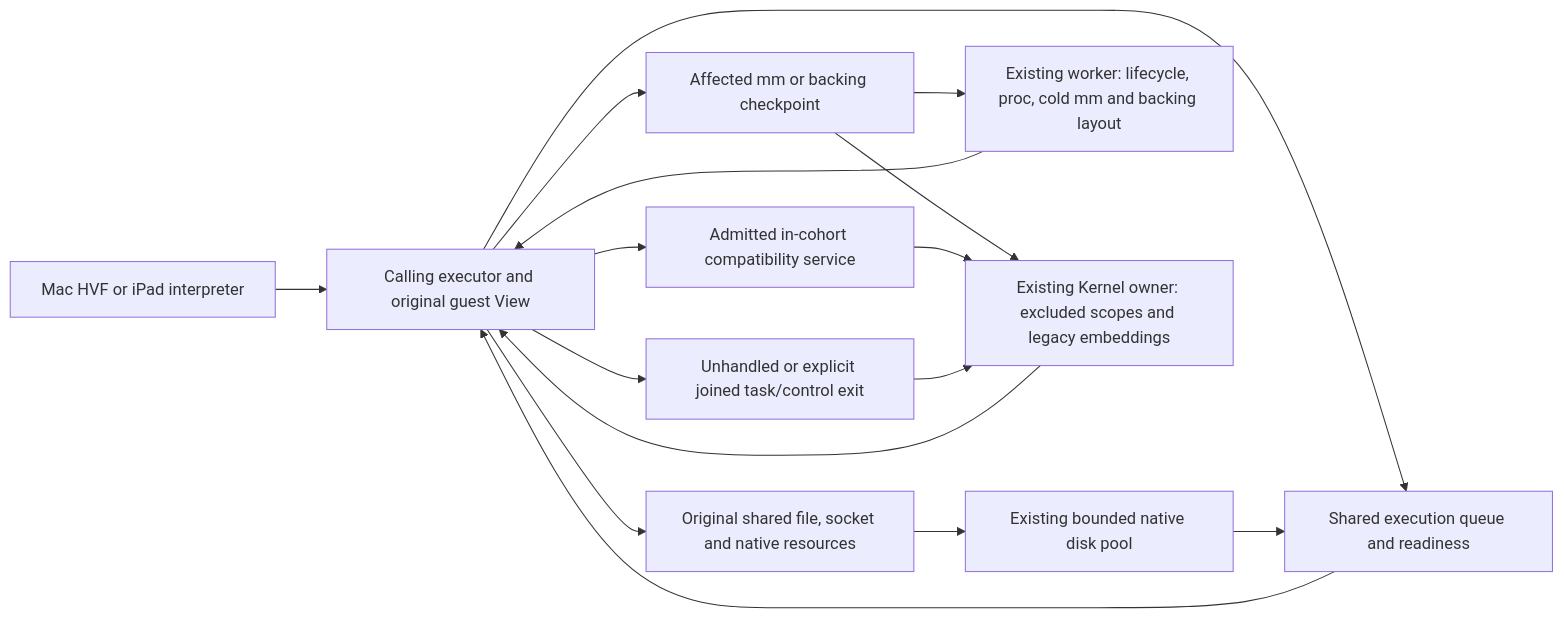
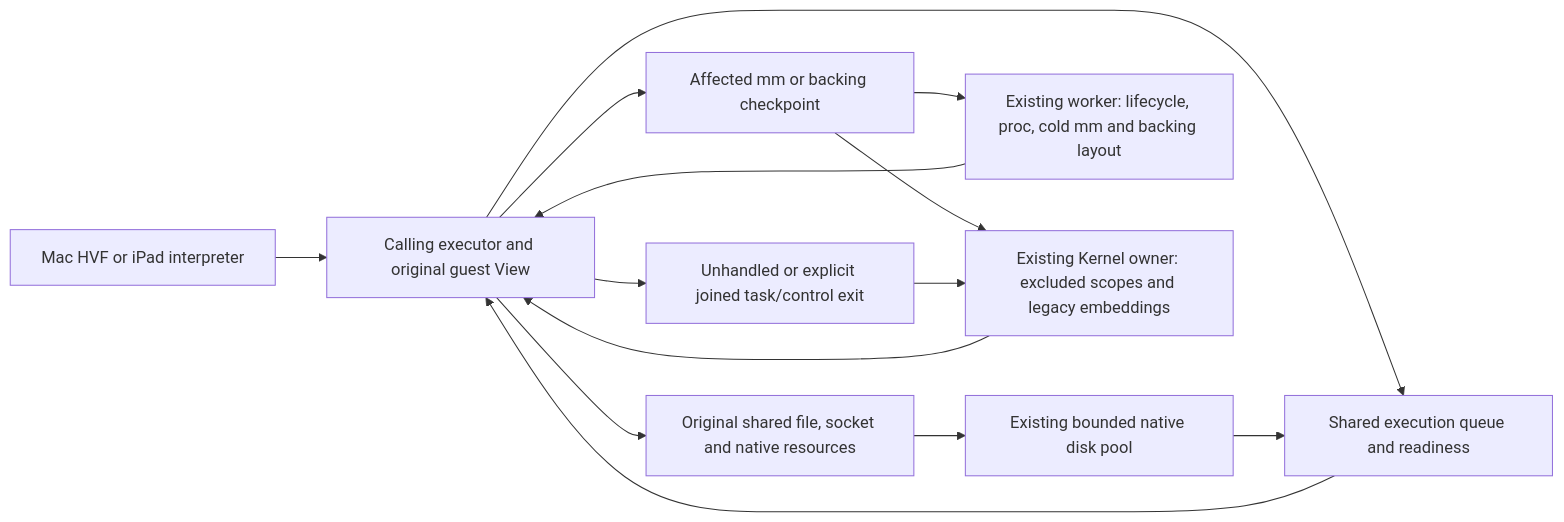
The diagram in docs/architecture/coordination-boundaries.md (kb5000/trames-runtime), drawn with Mermaid before and after one commit. The commit also changed other lines of this file and 48 other files, not shown here.

````diff
--- a/docs/architecture/coordination-boundaries.md
+++ b/docs/architecture/coordination-boundaries.md
@@ -95,18 +105,16 @@
 ```mermaid
 flowchart LR
     CPU[Mac HVF or iPad interpreter] --> Entry[Calling executor and original guest View]
     Entry --> Shared[Original shared file, socket and native resources]
     Entry --> Wait[Shared execution queue and readiness]
     Wait --> Entry
     Shared --> Disk[Existing bounded native disk pool]
     Disk --> Wait
     Entry --> Scope[Affected mm or backing checkpoint]
-    Entry --> Service[Admitted in-cohort compatibility service]
     Entry --> Join[Unhandled or explicit joined task/control exit]
     Scope --> Lifecycle[Existing worker: lifecycle, proc, cold mm and backing layout]
     Lifecycle --> Entry
     Scope --> Owner[Existing Kernel owner: excluded scopes and legacy embeddings]
-    Service --> Owner
     Join --> Owner
     Owner --> Entry
 ```
````
